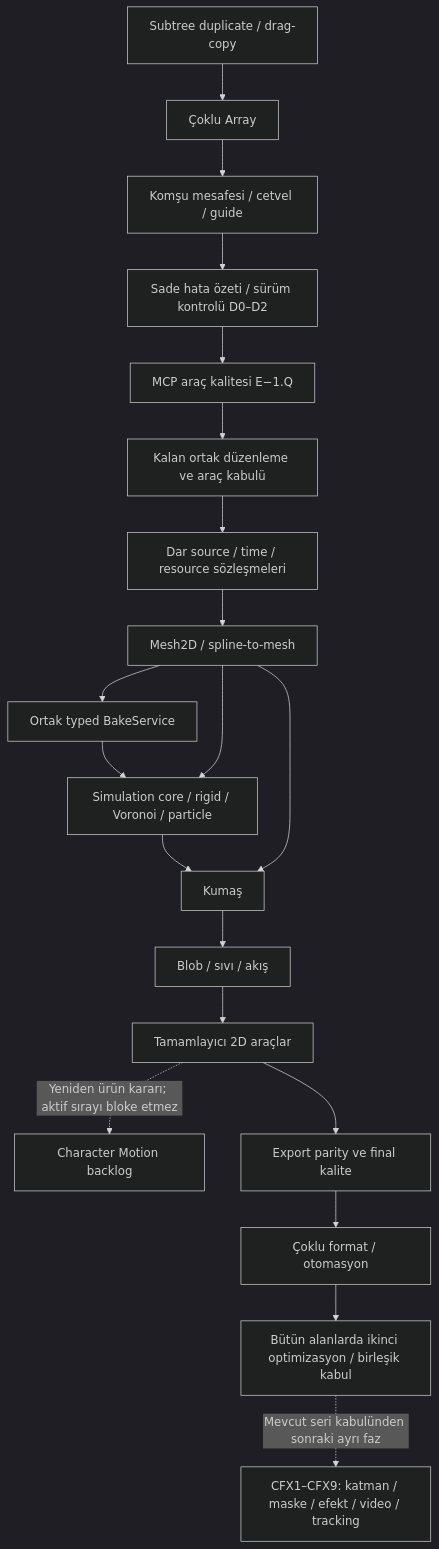
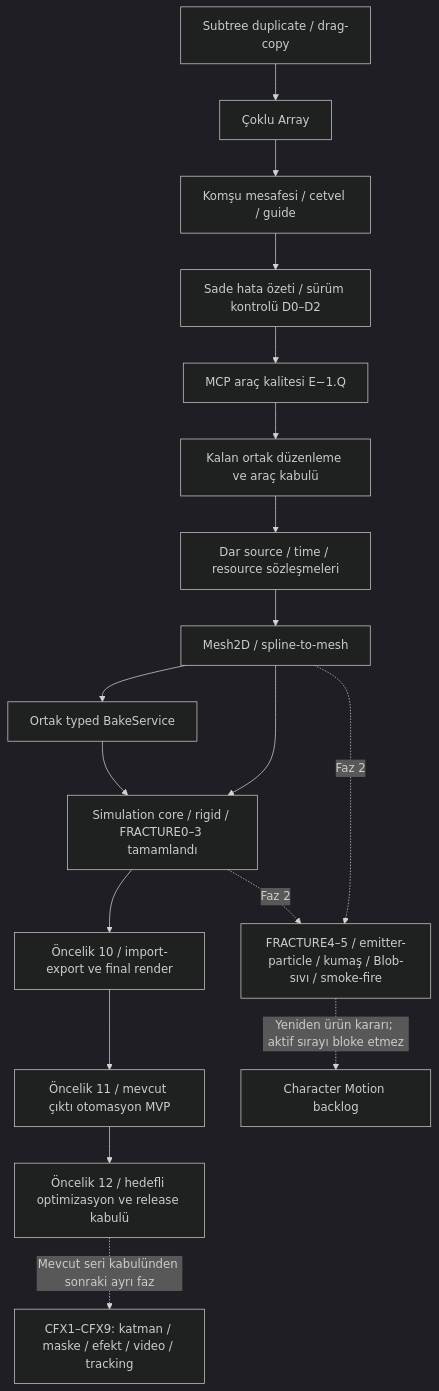
Before and after one commit to codie1982/chorono-editor: the diagram in docs/tr/production-2d-roadmap.md, drawn with Mermaid (dark theme). The commit also changed other lines of this file and 8 other files, not shown here.

Commit message:
docs(roadmap): define v0.5.0 phase one

````diff
--- a/docs/tr/production-2d-roadmap.md
+++ b/docs/tr/production-2d-roadmap.md
@@ -159,22 +170,20 @@
 ```mermaid
 flowchart TD
     V4[Subtree duplicate / drag-copy] --> V5[Çoklu Array]
     V5 --> LAYOUT[Komşu mesafesi / cetvel / guide]
     LAYOUT --> DIAG[Sade hata özeti / sürüm kontrolü D0–D2]
     DIAG --> Q[MCP araç kalitesi E−1.Q]
     Q --> H[Kalan ortak düzenleme ve araç kabulü]
     H --> I[Dar source / time / resource sözleşmeleri]
     I --> G[Mesh2D / spline-to-mesh]
     G --> BS[Ortak typed BakeService]
-    BS --> S[Simulation core / rigid / Voronoi / particle]
+    BS --> S[Simulation core / rigid / FRACTURE0–3 tamamlandı]
     G --> S
-    S --> CL[Kumaş]
-    G --> CL
-    CL --> L[Blob / sıvı / akış]
-    L --> T[Tamamlayıcı 2D araçlar]
-    T -. Yeniden ürün kararı; aktif sırayı bloke etmez .-> C[Character Motion backlog]
-    T --> E[Export parity ve final kalite]
-    E --> M[Çoklu format / otomasyon]
-    M --> O[Bütün alanlarda ikinci optimizasyon / birleşik kabul]
-    O -. Mevcut seri kabulünden sonraki ayrı faz .-> F[CFX1–CFX9: katman / maske / efekt / video / tracking]
+    S --> E[Öncelik 10 / import-export ve final render]
+    E --> M[Öncelik 11 / mevcut çıktı otomasyon MVP]
+    M --> O[Öncelik 12 / hedefli optimizasyon ve release kabulü]
+    S -. Faz 2 .-> F[FRACTURE4–5 / emitter-particle / kumaş / Blob-sıvı / smoke-fire]
+    G -. Faz 2 .-> F
+    F -. Yeniden ürün kararı; aktif sırayı bloke etmez .-> C[Character Motion backlog]
+    O -. Mevcut seri kabulünden sonraki ayrı faz .-> CFX[CFX1–CFX9: katman / maske / efekt / video / tracking]
 ```
````
